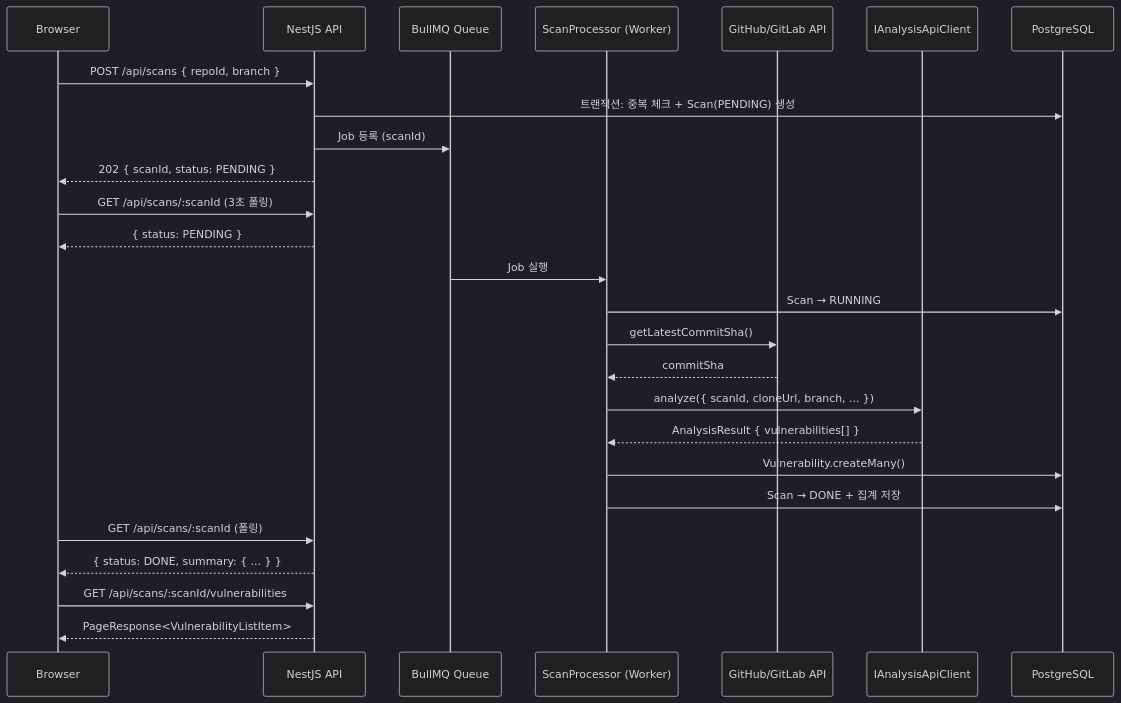
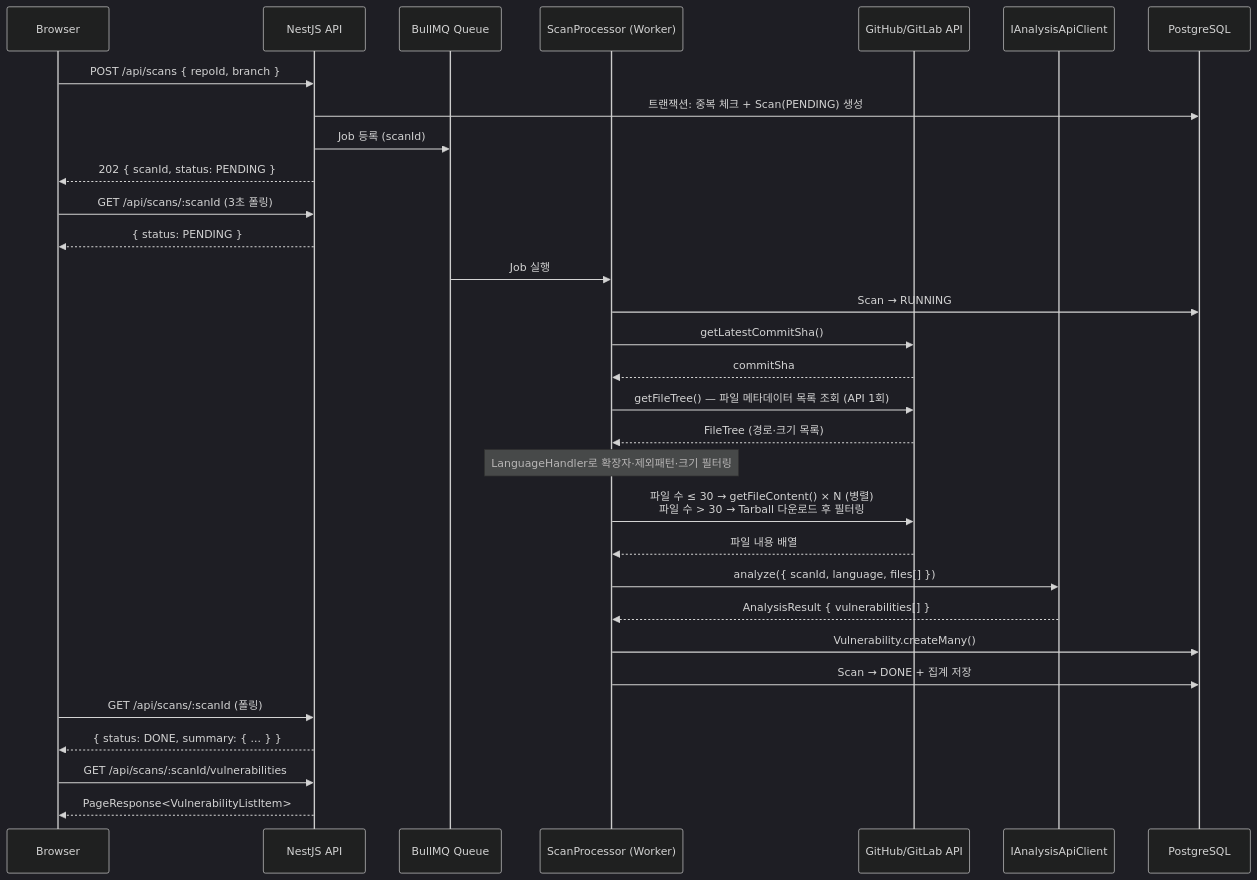
Before and after one commit to AigisAI/AegisAI_v2: the first of 3 diagrams in spec 2.2.md, drawn with Mermaid (dark theme). The commit also changed other lines of this file, not shown here.

Commit message:
Update spec 2.2.md from v2.6 to v2.7: backend code collection architecture

````diff
--- a/spec 2.2.md
+++ b/spec 2.2.md
@@ -219,32 +220,37 @@
 ```mermaid
 sequenceDiagram
     participant U as Browser
     participant API as NestJS API
     participant Q as BullMQ Queue
     participant W as ScanProcessor (Worker)
     participant Git as GitHub/GitLab API
     participant AI as IAnalysisApiClient
     participant DB as PostgreSQL
 
     U->>API: POST /api/scans { repoId, branch }
     API->>DB: 트랜잭션: 중복 체크 + Scan(PENDING) 생성
     API->>Q: Job 등록 (scanId)
     API-->>U: 202 { scanId, status: PENDING }
 
     U->>API: GET /api/scans/:scanId (3초 폴링)
     API-->>U: { status: PENDING }
 
     Q->>W: Job 실행
     W->>DB: Scan → RUNNING
     W->>Git: getLatestCommitSha()
     Git-->>W: commitSha
-    W->>AI: analyze({ scanId, cloneUrl, branch, ... })
+    W->>Git: getFileTree() — 파일 메타데이터 목록 조회 (API 1회)
+    Git-->>W: FileTree (경로·크기 목록)
+    Note over W: LanguageHandler로 확장자·제외패턴·크기 필터링
+    W->>Git: 파일 수 ≤ 30 → getFileContent() × N (병렬)<br/>파일 수 > 30 → Tarball 다운로드 후 필터링
+    Git-->>W: 파일 내용 배열
+    W->>AI: analyze({ scanId, language, files[] })
     AI-->>W: AnalysisResult { vulnerabilities[] }
     W->>DB: Vulnerability.createMany()
     W->>DB: Scan → DONE + 집계 저장
 
     U->>API: GET /api/scans/:scanId (폴링)
     API-->>U: { status: DONE, summary: { ... } }
     U->>API: GET /api/scans/:scanId/vulnerabilities
     API-->>U: PageResponse<VulnerabilityListItem>
 ```
````
